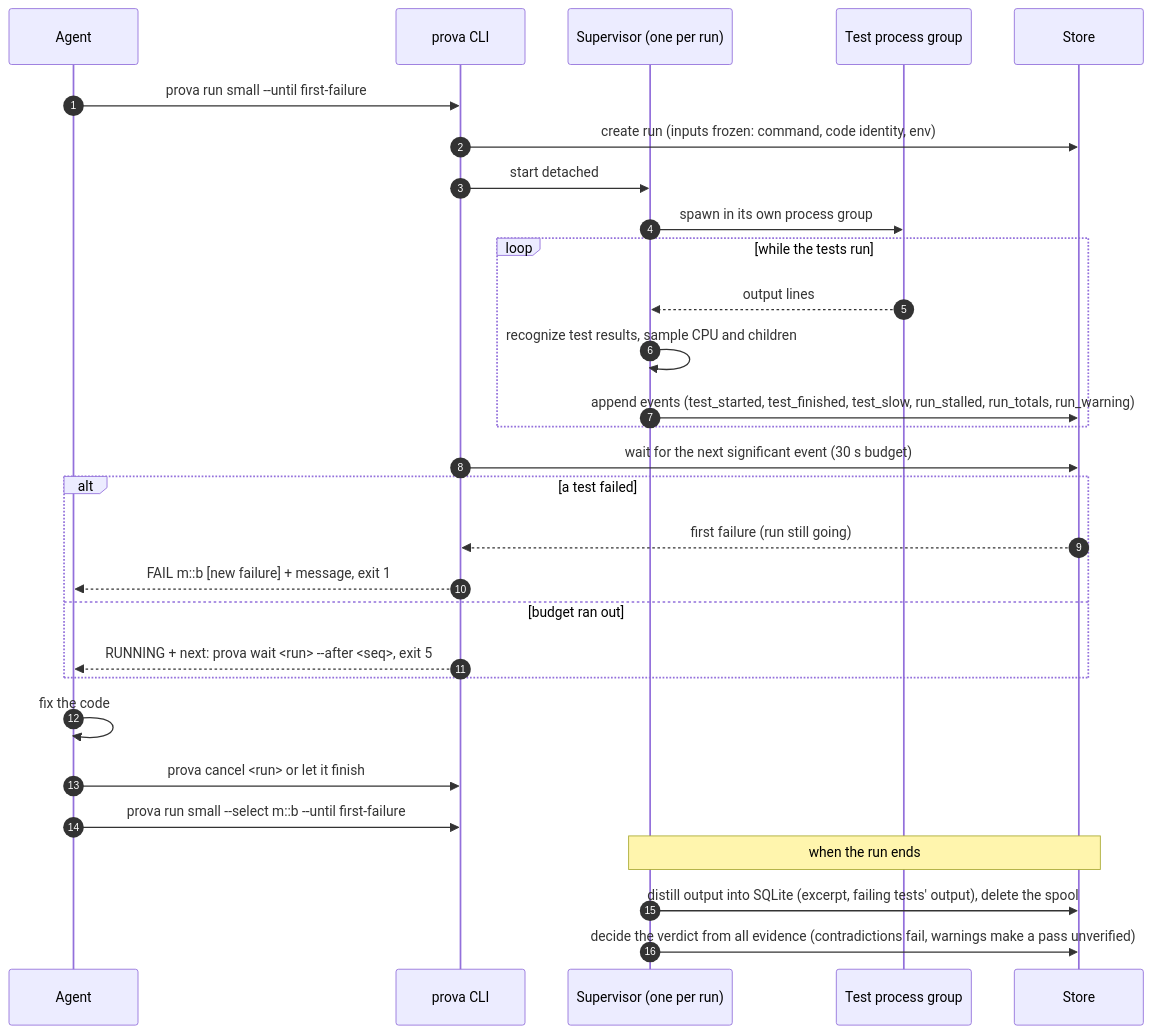
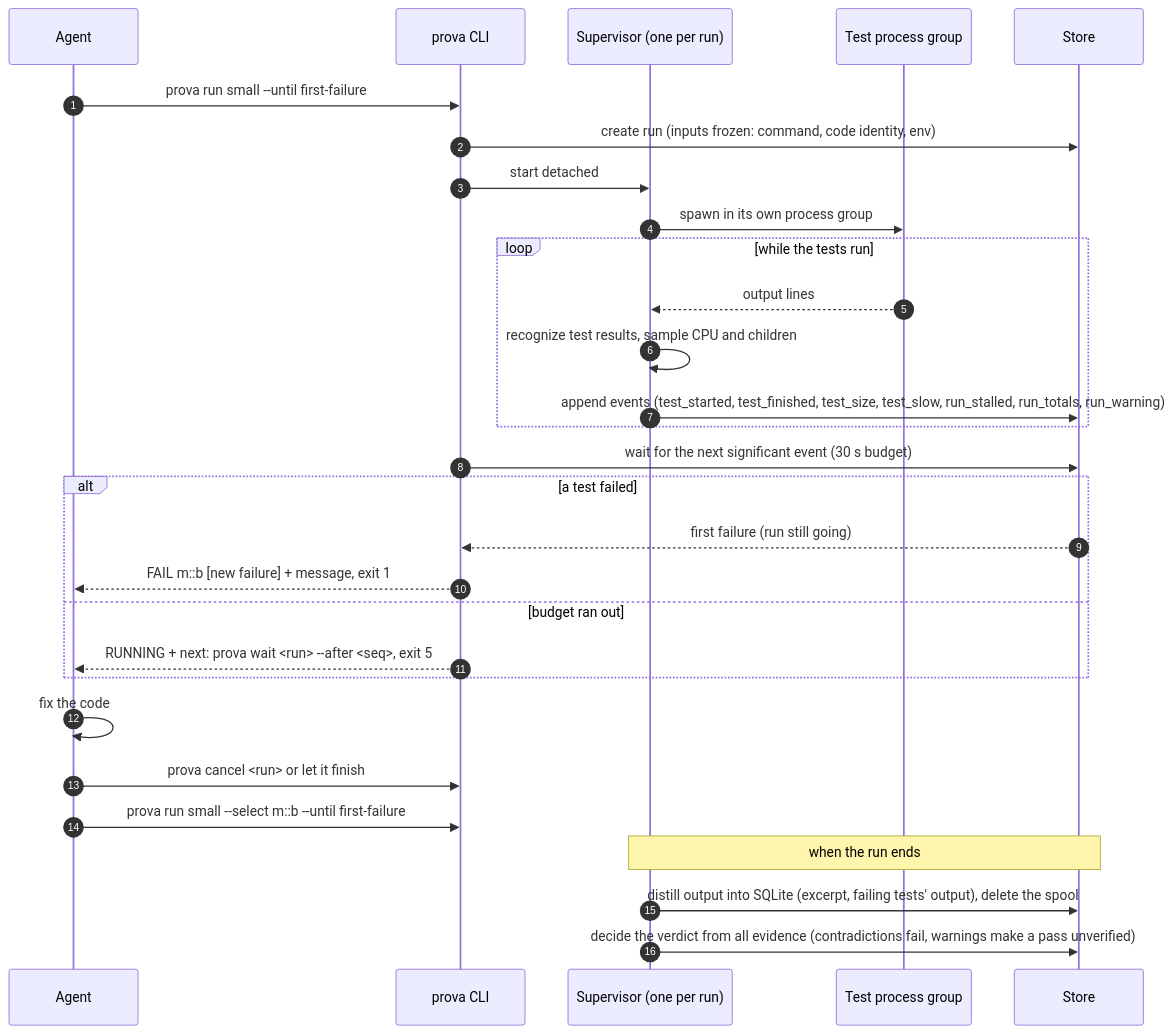
Before and after one commit to fals/prova: the second of 6 diagrams in docs/architecture.md, drawn with Mermaid. The commit also changed other lines of this file and 12 other files, not shown here.

````diff
--- a/docs/architecture.md
+++ b/docs/architecture.md
@@ -80,32 +81,32 @@
 ```mermaid
 sequenceDiagram
     autonumber
     participant A as Agent
     participant T as prova CLI
     participant S as Supervisor (one per run)
     participant P as Test process group
     participant D as Store
 
     A->>T: prova run small --until first-failure
     T->>D: create run (inputs frozen: command, code identity, env)
     T->>S: start detached
     S->>P: spawn in its own process group
     loop while the tests run
         P-->>S: output lines
         S->>S: recognize test results, sample CPU and children
-        S->>D: append events (test_started, test_finished, test_slow, run_stalled, run_totals, run_warning)
+        S->>D: append events (test_started, test_finished, test_size, test_slow, run_stalled, run_totals, run_warning)
     end
     T->>D: wait for the next significant event (30 s budget)
     alt a test failed
         D-->>T: first failure (run still going)
         T-->>A: FAIL m::b [new failure] + message, exit 1
     else budget ran out
         T-->>A: RUNNING + next: prova wait <run> --after <seq>, exit 5
     end
     A->>A: fix the code
     A->>T: prova cancel <run> or let it finish
     A->>T: prova run small --select m::b --until first-failure
     Note over S,D: when the run ends
     S->>D: distill output into SQLite (excerpt, failing tests' output), delete the spool
     S->>D: decide the verdict from all evidence (contradictions fail, warnings make a pass unverified)
 ```
````
